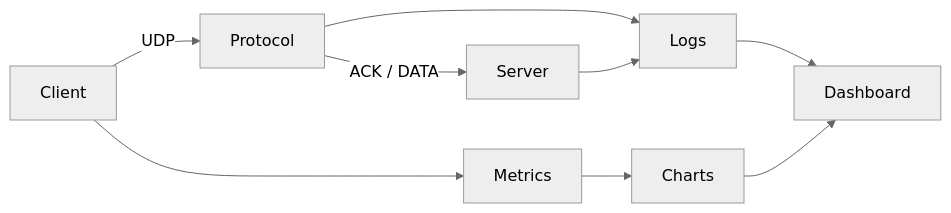
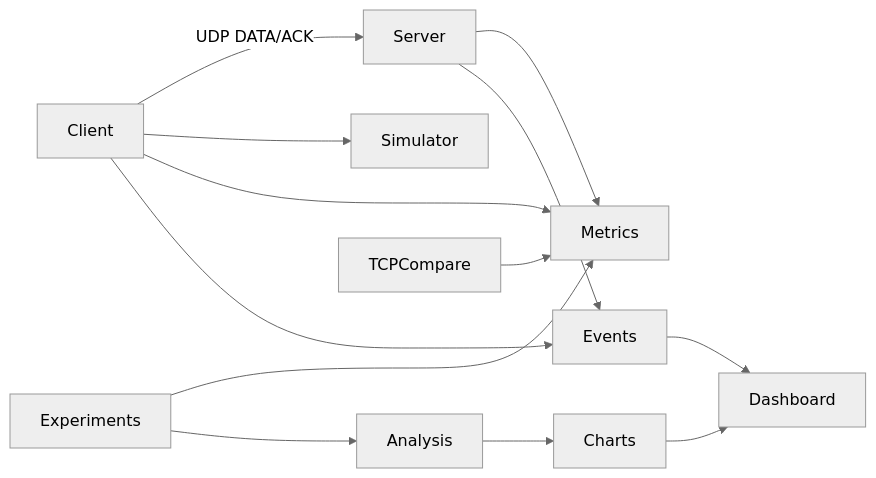
The diagram in README.md (enesbabekoglu/netprobe), drawn with Mermaid (neutral theme) before and after one commit. The commit also changed other lines of this file, not shown here.

````diff
--- a/README.md
+++ b/README.md
@@ -128,11 +176,15 @@
 ```mermaid
 flowchart LR
-    Client -->|UDP| Protocol
-    Protocol -->|ACK / DATA| Server
-    Protocol --> Logs
-    Server --> Logs
+    Client -->|UDP DATA/ACK| Server
+    Client --> Simulator
     Client --> Metrics
-    Metrics --> Charts
-    Logs --> Dashboard
+    Server --> Metrics
+    Client --> Events
+    Server --> Events
+    Events --> Dashboard
+    Experiments --> Metrics
+    Experiments --> Analysis
+    Analysis --> Charts
     Charts --> Dashboard
+    TCPCompare --> Metrics
 ```
````
